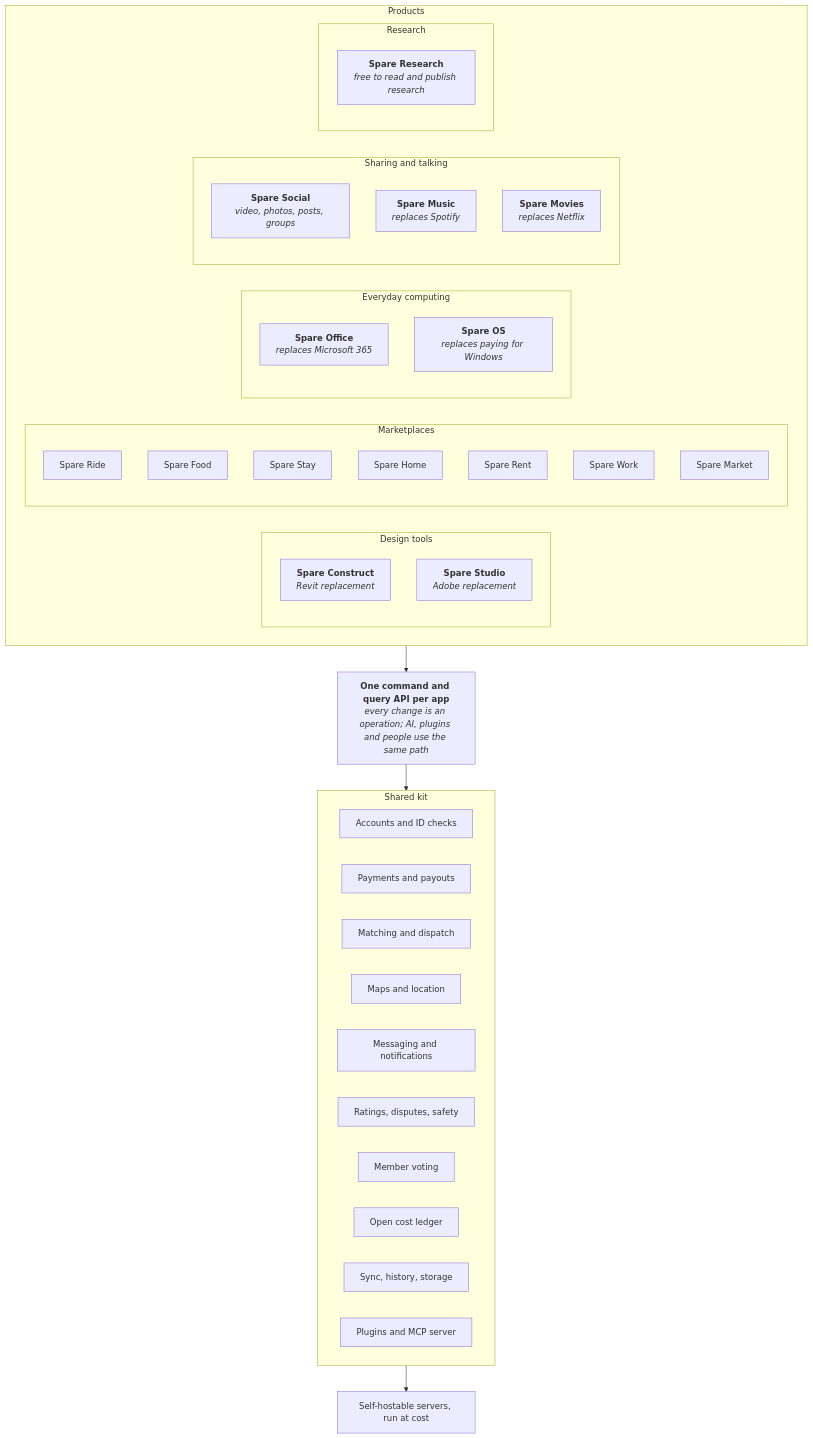
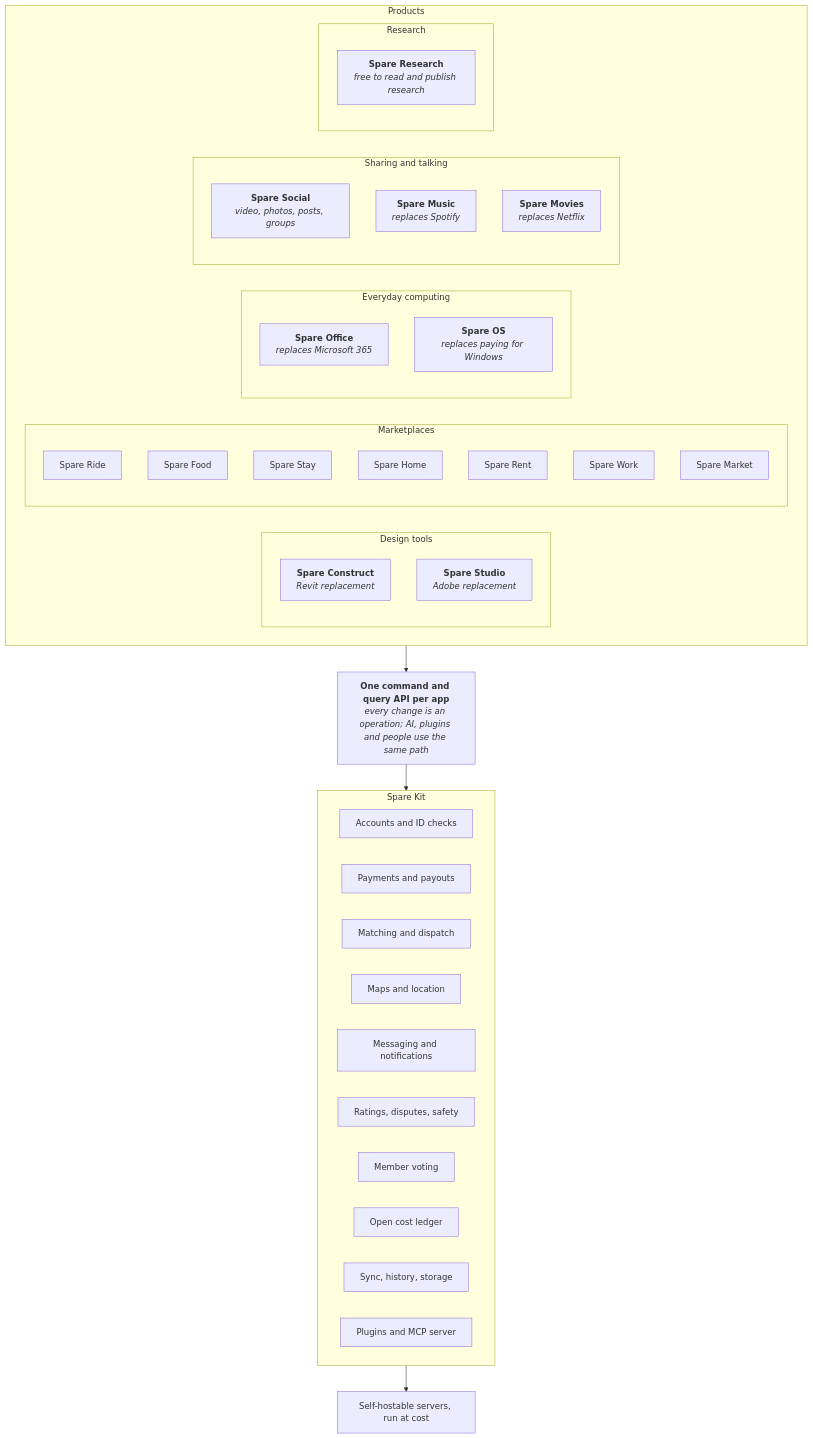
One commit to spareware-co-op/spareware changed the first of 2 diagrams in ARCHITECTURE.md. Above: the diagram before and after it, drawn with Mermaid. The commit also changed other lines of this file and 76 other files, not shown here.

First line of the commit message:
G01: the shared kit is named Spare Kit

````diff
--- a/ARCHITECTURE.md
+++ b/ARCHITECTURE.md
@@ -7,55 +7,55 @@
 ```mermaid
 flowchart TB
   subgraph Products
     direction LR
     subgraph Design[Design tools]
       CONSTRUCT["`**Spare Construct**
 *Revit replacement*`"]
       CREATIVE["`**Spare Studio**
 *Adobe replacement*`"]
     end
     subgraph Markets[Marketplaces]
       RIDE[Spare Ride]
       FOOD[Spare Food]
       STAY[Spare Stay]
       HOME[Spare Home]
       RENT[Spare Rent]
       WORK[Spare Work]
       MARKET[Spare Market]
     end
     subgraph Compute[Everyday computing]
       OFFICEAPP["`**Spare Office**
 *replaces Microsoft 365*`"]
       OSAPP["`**Spare OS**
 *replaces paying for Windows*`"]
     end
     subgraph Social[Sharing and talking]
       SOCIALAPP["`**Spare Social**
 *video, photos, posts, groups*`"]
       MUSICAPP["`**Spare Music**
 *replaces Spotify*`"]
       MOVIESAPP["`**Spare Movies**
 *replaces Netflix*`"]
     end
     subgraph Science[Research]
       RESEARCHAPP["`**Spare Research**
 *free to read and publish research*`"]
     end
   end
   API["`**One command and query API per app**
 *every change is an operation; AI, plugins and people use the same path*`"]
-  subgraph Kit[Shared kit]
+  subgraph Kit[Spare Kit]
     ID[Accounts and ID checks]
     PAY[Payments and payouts]
     MATCH[Matching and dispatch]
     MAP[Maps and location]
     MSG[Messaging and notifications]
     TRUST[Ratings, disputes, safety]
     VOTE[Member voting]
     LEDGER[Open cost ledger]
     SYNC[Sync, history, storage]
     PLUG[Plugins and MCP server]
   end
   HOST[Self-hostable servers, run at cost]
   Products --> API --> Kit --> HOST
 ```
````
